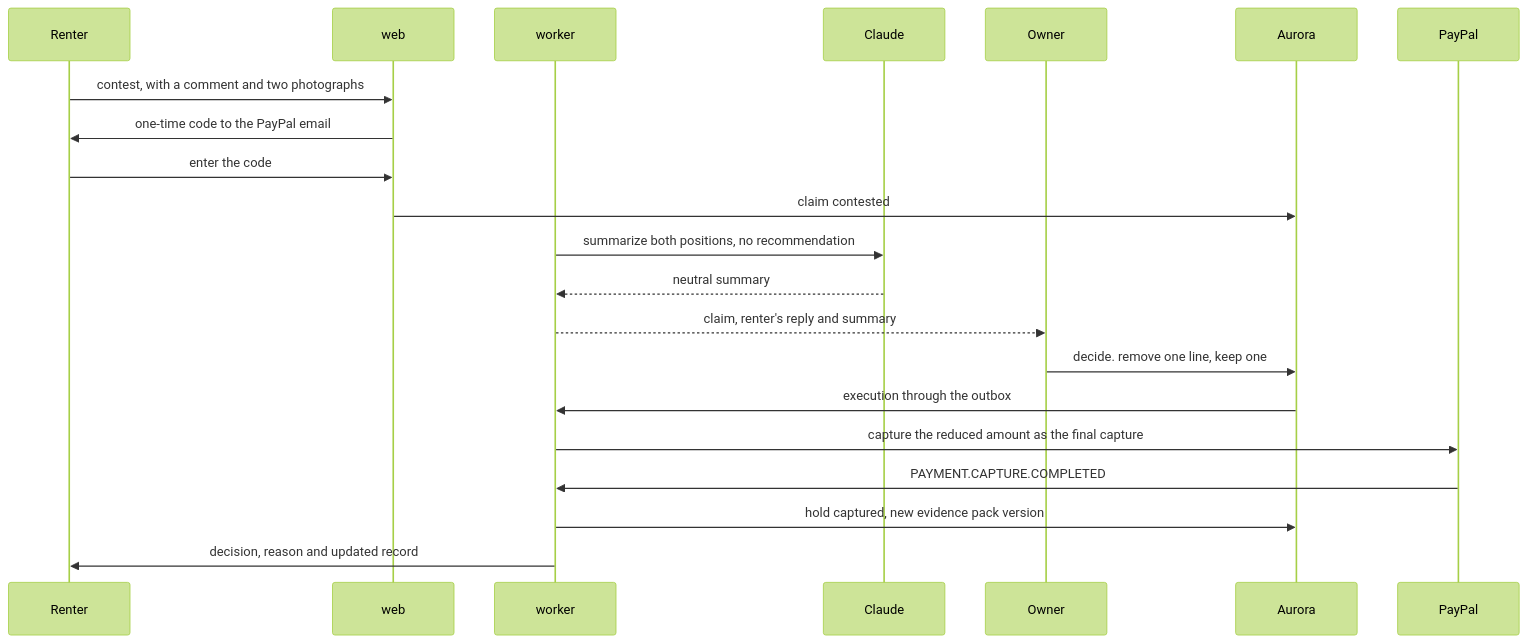
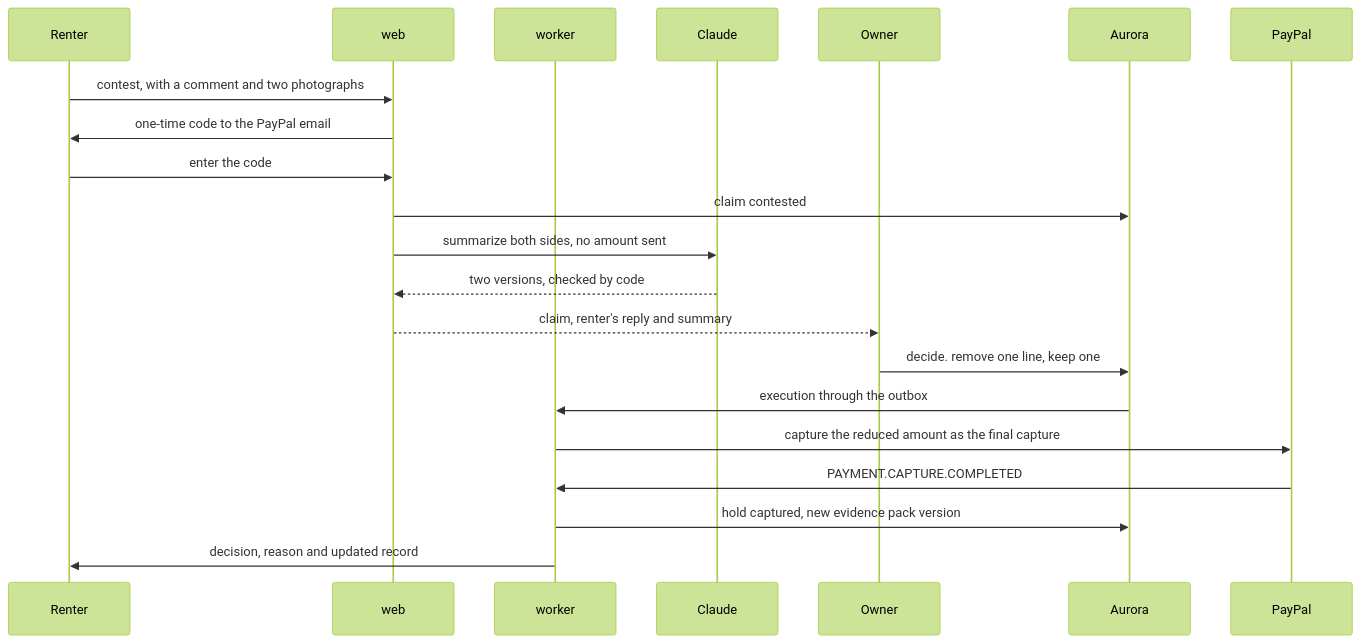
Before and after one commit to rogerjeasy/hold: diagram 13 of 16 in docs/architecture.md, drawn with Mermaid (forest theme). The commit also changed other lines of this file and 48 other files, not shown here.

First line of the commit message:
feat: a neutral summary when the renter contests, on the claim pages and the decision board

````diff
--- a/docs/architecture.md
+++ b/docs/architecture.md
@@ -1273,24 +1284,24 @@
 ```mermaid
 sequenceDiagram
     participant R as Renter
     participant WEB as web
     participant WK as worker
     participant CL as Claude
     participant O as Owner
     participant DB as Aurora
     participant PP as PayPal
 
     R->>WEB: contest, with a comment and two photographs
     WEB->>R: one-time code to the PayPal email
     R->>WEB: enter the code
     WEB->>DB: claim contested
-    WK->>CL: summarize both positions, no recommendation
-    CL-->>WK: neutral summary
-    WK-->>O: claim, renter's reply and summary
+    WEB->>CL: summarize both sides, no amount sent
+    CL-->>WEB: two versions, checked by code
+    WEB-->>O: claim, renter's reply and summary
     O->>DB: decide. remove one line, keep one
     DB->>WK: execution through the outbox
     WK->>PP: capture the reduced amount as the final capture
     PP->>WK: PAYMENT.CAPTURE.COMPLETED
     WK->>DB: hold captured, new evidence pack version
     WK->>R: decision, reason and updated record
 ```
````
